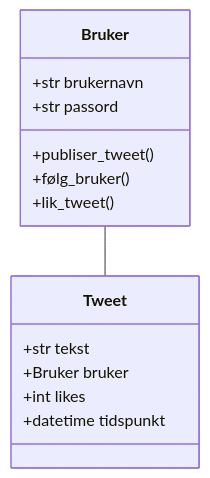
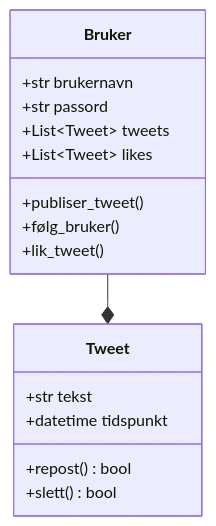
The third of 7 diagrams in src/content/docs/apputvikling/2-oom.mdx (thorcc/it2-bok), drawn with Mermaid before and after one commit. The commit also changed other lines of this file, not shown here.

````diff
--- a/src/content/docs/apputvikling/2-oom.mdx
+++ b/src/content/docs/apputvikling/2-oom.mdx
@@ -126,17 +123,19 @@
 ```mermaid
 classDiagram
-    Bruker -- Tweet
+    Bruker --* Tweet
     class Bruker{
         +str brukernavn
         +str passord
+        +List~Tweet~ tweets
+        +List~Tweet~ likes
         +publiser_tweet()
         +følg_bruker()
         +lik_tweet()
     }
     class Tweet{
         +str tekst
-        +Bruker bruker
-        +int likes
         +datetime tidspunkt
+        +repost() bool
+        +slett() bool
     }
 ```
````
